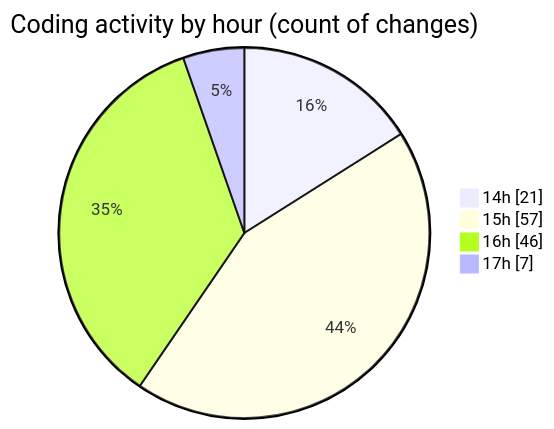
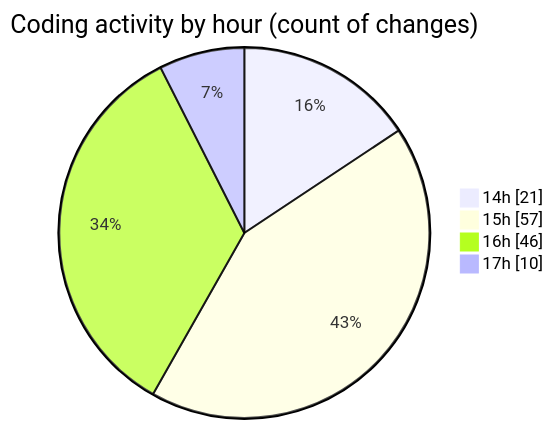
The second of 2 diagrams in 2025-05-24/projects/README.md (Ritupan-Deka/code-tracking), drawn with Mermaid before and after one commit. The commit also changed other lines of this file and 1 other file, not shown here.

````diff
--- a/2025-05-24/projects/README.md
+++ b/2025-05-24/projects/README.md
@@ -35,8 +35,8 @@
 ```mermaid
 pie showData
 title Coding activity by hour (count of changes)
 "14h" : 21
 "15h" : 57
 "16h" : 46
-"17h" : 7
+"17h" : 10
 ```
````
